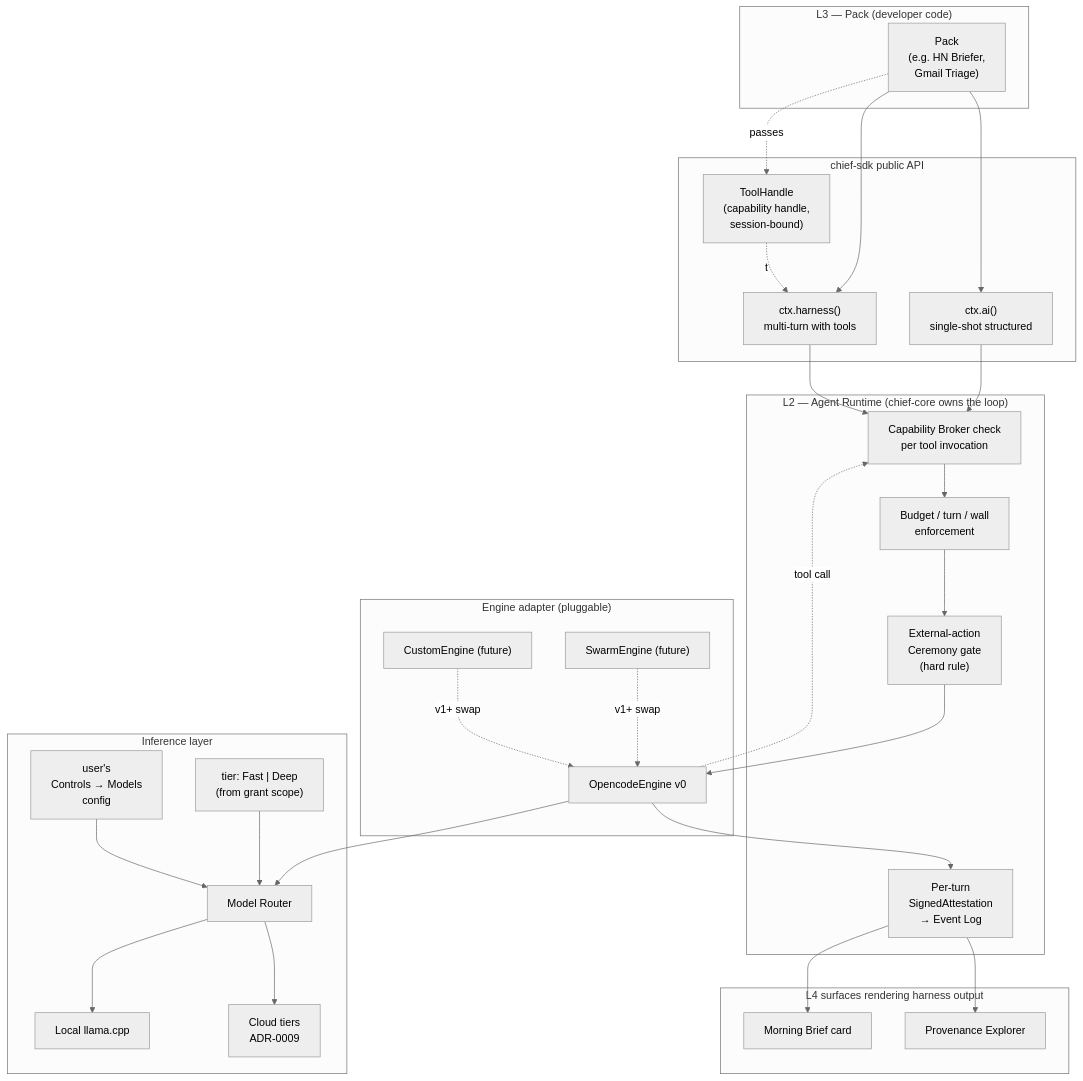
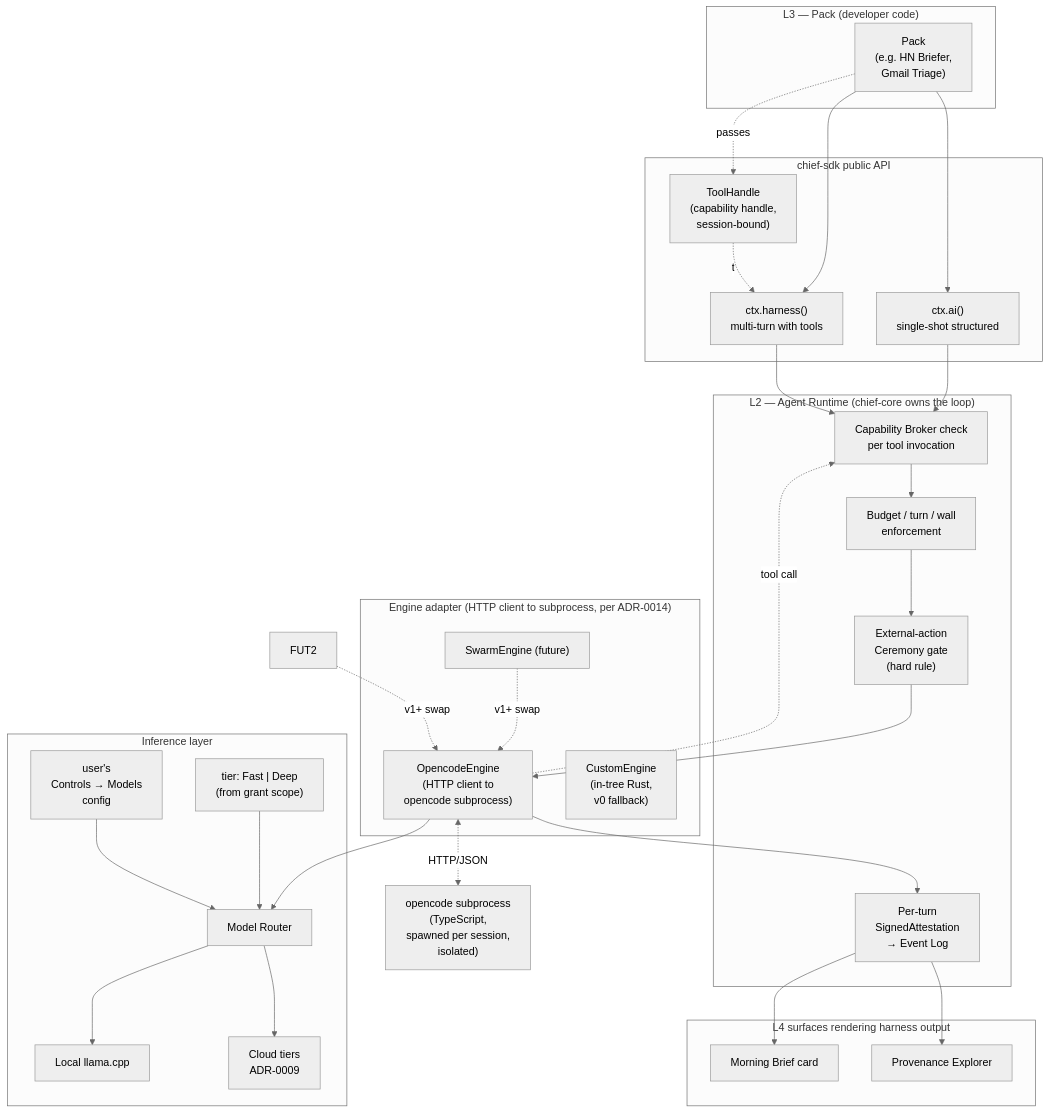
Before and after one commit to santoshkumarradha/ChiefOS: the second of 3 diagrams in docs/02-architecture.md, drawn with Mermaid (neutral theme). The commit also changed other lines of this file and 12 other files, not shown here.

First line of the commit message:
adr: 0014/0015/0016 + docs/21 + amendments — resolve architecture-review findings

````diff
--- a/docs/02-architecture.md
+++ b/docs/02-architecture.md
@@ -137,63 +137,65 @@
 ```mermaid
 flowchart TD
     subgraph L3["L3 — Pack (developer code)"]
         PACK["Pack<br/>(e.g. HN Briefer,<br/>Gmail Triage)"]
     end
 
     subgraph SDK["chief-sdk public API"]
         AIB["ctx.ai()<br/>single-shot structured"]
         HRB["ctx.harness()<br/>multi-turn with tools"]
         TH["ToolHandle<br/>(capability handle,<br/>session-bound)"]
     end
 
     subgraph L2AR["L2 — Agent Runtime (chief-core owns the loop)"]
         CHECK["Capability Broker check<br/>per tool invocation"]
         BUDGET["Budget / turn / wall<br/>enforcement"]
         CEREMONY["External-action<br/>Ceremony gate<br/>(hard rule)"]
         ATTEST["Per-turn<br/>SignedAttestation<br/>→ Event Log"]
     end
 
-    subgraph L2ENG["Engine adapter (pluggable)"]
-        OC["OpencodeEngine v0"]
+    subgraph L2ENG["Engine adapter (HTTP client to subprocess, per ADR-0014)"]
+        OC["OpencodeEngine<br/>(HTTP client to<br/>opencode subprocess)"]
+        CE["CustomEngine<br/>(in-tree Rust,<br/>v0 fallback)"]
         FUT1["SwarmEngine (future)"]
-        FUT2["CustomEngine (future)"]
     end
+    OCP["opencode subprocess<br/>(TypeScript,<br/>spawned per session,<br/>isolated)"]
+    OC <-. HTTP/JSON .-> OCP
 
     subgraph L2INF["Inference layer"]
         RTR[Model Router]
         TIER["tier: Fast | Deep<br/>(from grant scope)"]
         USERCFG["user's<br/>Controls → Models<br/>config"]
         LOCAL[Local llama.cpp]
         CLOUD[Cloud tiers<br/>ADR-0009]
     end
 
     subgraph L4OUT["L4 surfaces rendering harness output"]
         BRIEF[Morning Brief card]
         PROV[Provenance Explorer]
     end
 
     PACK --> AIB
     PACK --> HRB
     PACK -.passes.-> TH
     TH -.to.-> HRB
 
     AIB --> CHECK
     HRB --> CHECK
     CHECK --> BUDGET
     BUDGET --> CEREMONY
 
     CEREMONY --> OC
     OC -. tool call .-> CHECK
     OC --> ATTEST
     ATTEST --> BRIEF
     ATTEST --> PROV
 
     OC --> RTR
     TIER --> RTR
     USERCFG --> RTR
     RTR --> LOCAL
     RTR --> CLOUD
 
     FUT1 -. v1+ swap .-> OC
     FUT2 -. v1+ swap .-> OC
 ```
````
